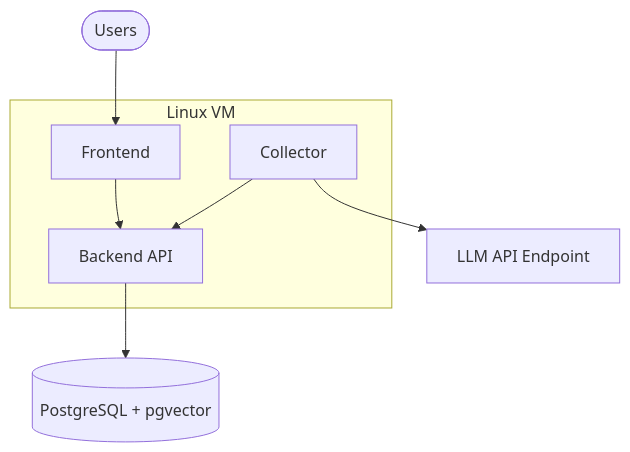
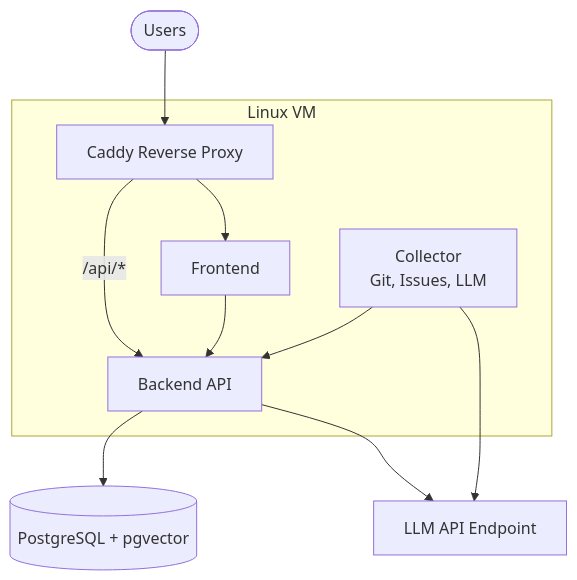
One commit to navigaracom/docs changed the diagram in deployment/full-on-premises.mdx. Above: the diagram before and after it, drawn with Mermaid. The commit also changed other lines of this file and 1 other file, not shown here.

First line of the commit message:
feat: complete on-prem guide with docker-compose, Caddy, registry auth, and DB grants

````diff
--- a/deployment/full-on-premises.mdx
+++ b/deployment/full-on-premises.mdx
@@ -18,15 +18,19 @@
 ```mermaid
 graph TD
-    Users([Users]) --> Frontend
+    Users([Users]) --> Caddy
 
     subgraph VM[Linux VM]
+        Caddy[Caddy Reverse Proxy]
         Frontend[Frontend]
         Backend[Backend API]
-        Collector[Collector]
+        Collector[Collector\nGit, Issues, LLM]
+        Caddy --> Frontend
+        Caddy -->|/api/*| Backend
         Frontend --> Backend
     end
 
     Backend --> PostgreSQL[(PostgreSQL + pgvector)]
+    Backend --> LLM[LLM API Endpoint]
     Collector --> Backend
-    Collector --> LLM[LLM API Endpoint]
+    Collector --> LLM
 ```
````
